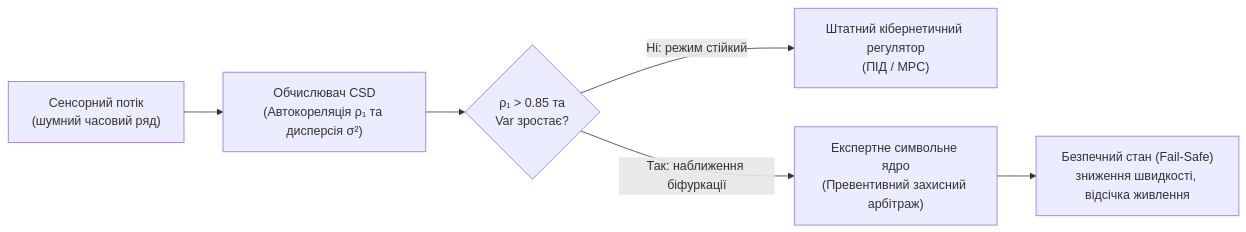
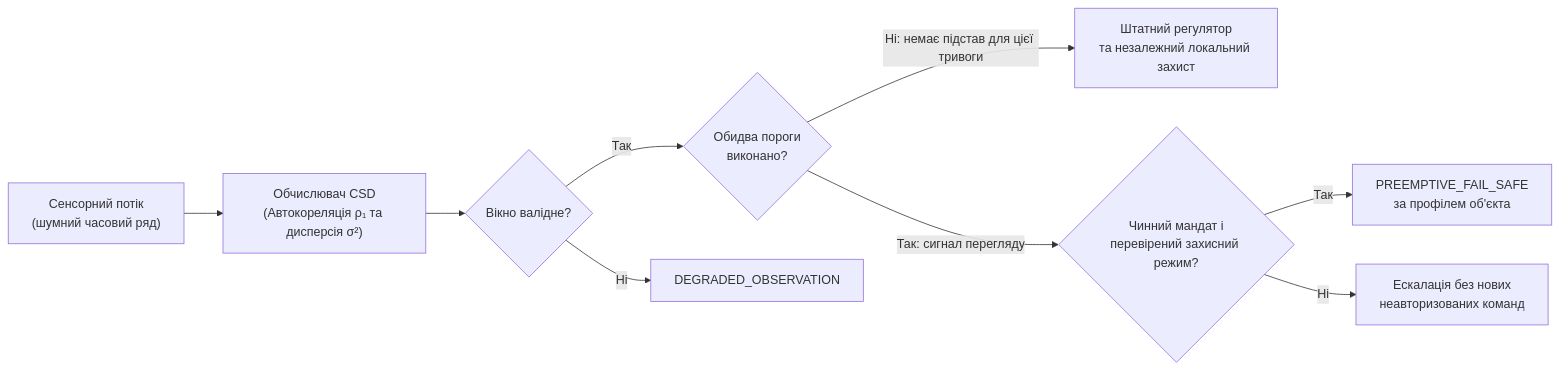
Before and after one commit to nick-fedchik/articles: the fourth of 9 diagrams in ExpertSystem/ch22-cybernetics-edge-to-backend.md, drawn with Mermaid. The commit also changed other lines of this file and 7 other files, not shown here.

````diff
--- a/ExpertSystem/ch22-cybernetics-edge-to-backend.md
+++ b/ExpertSystem/ch22-cybernetics-edge-to-backend.md
@@ -526,11 +713,14 @@
 ```mermaid
 flowchart LR
-    accTitle: Передбачення біфуркацій за синергетичними індикаторами
-    accDescr: Від спостереження шуму сенсорів через розрахунок CSD до запобіжного перемикання експертною системою до аварії.
+    accTitle: Діагностика CSD та окрема авторизація захисного режиму
+    accDescr: Валідне вікно дає спростовний індикатор; невалідні дані означають невідомий стан. Дія потребує чинного мандата й придатного режиму.
 
     RAW["Сенсорний потік<br/>(шумний часовий ряд)"] --> CSD["Обчислювач CSD<br/>(Автокореляція ρ₁ та дисперсія σ²)"]
-    CSD --> COND{"ρ₁ > 0.85 та<br/>Var зростає?"}
-    COND -->|Ні: режим стійкий| REG["Штатний кібернетичний регулятор<br/>(ПІД / MPC)"]
-    COND -->|Так: наближення біфуркації| EXP["Експертне символьне ядро<br/>(Превентивний захисний арбітраж)"]
-    EXP --> ACT["Безпечний стан (Fail-Safe)<br/>зниження швидкості, відсічка живлення"]
+    CSD --> VALID{"Вікно валідне?"}
+    VALID -->|"Так"| COND{"Обидва пороги<br/>виконано?"}
+    COND -->|"Ні: немає підстав для цієї тривоги"| REG["Штатний регулятор<br/>та незалежний локальний захист"]
+    COND -->|"Так: сигнал перегляду"| EXP{"Чинний мандат і<br/>перевірений захисний режим?"}
+    VALID -->|"Ні"| UNKNOWN["DEGRADED_OBSERVATION"]
+    EXP -->|"Так"| ACT["PREEMPTIVE_FAIL_SAFE<br/>за профілем об'єкта"]
+    EXP -->|"Ні"| HOLD["Ескалація без нових<br/>неавторизованих команд"]
 ```
````
